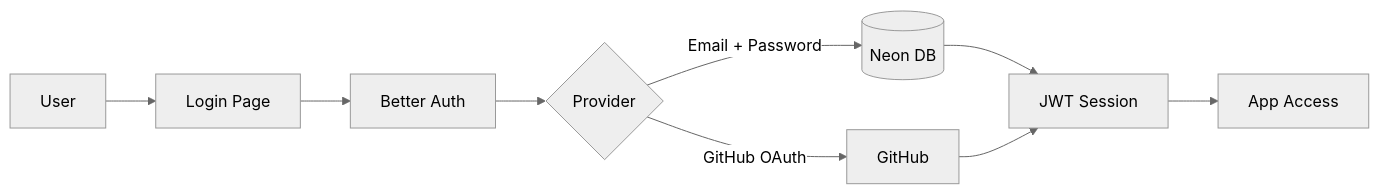
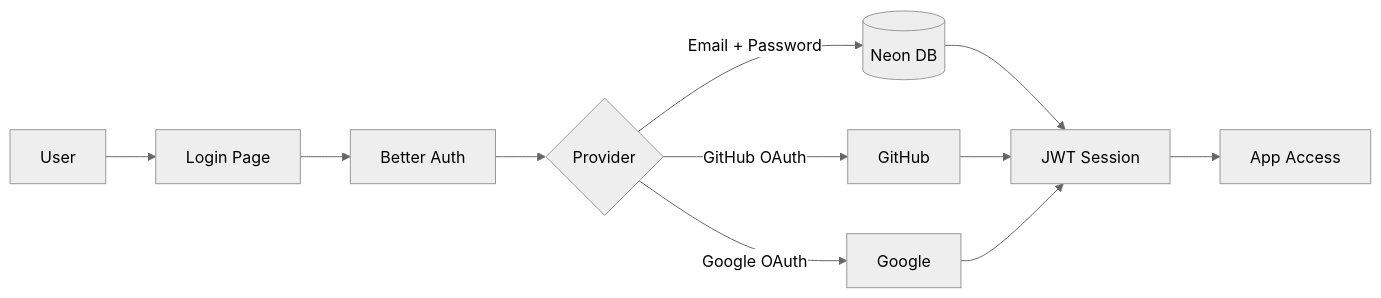
The third of 4 diagrams in context/project-overview.md (Ahmed-HA-RE/devnest), drawn with Mermaid (neutral theme) before and after one commit. The commit also changed other lines of this file and 7 other files, not shown here.

````diff
--- a/context/project-overview.md
+++ b/context/project-overview.md
@@ -211,10 +211,11 @@
 ```mermaid
 flowchart LR
   User --> Login["Login Page"]
   Login --> NA["Better Auth"]
   NA --> P{"Provider"}
   P -->|Email + Password| DB[("Neon DB")]
   P -->|GitHub OAuth| GH["GitHub"]
-  DB & GH --> Session["JWT Session"]
+  P -->|Google OAuth| GL["Google"]
+  DB & GH & GL --> Session["JWT Session"]
   Session --> App["App Access"]
 ```
````
